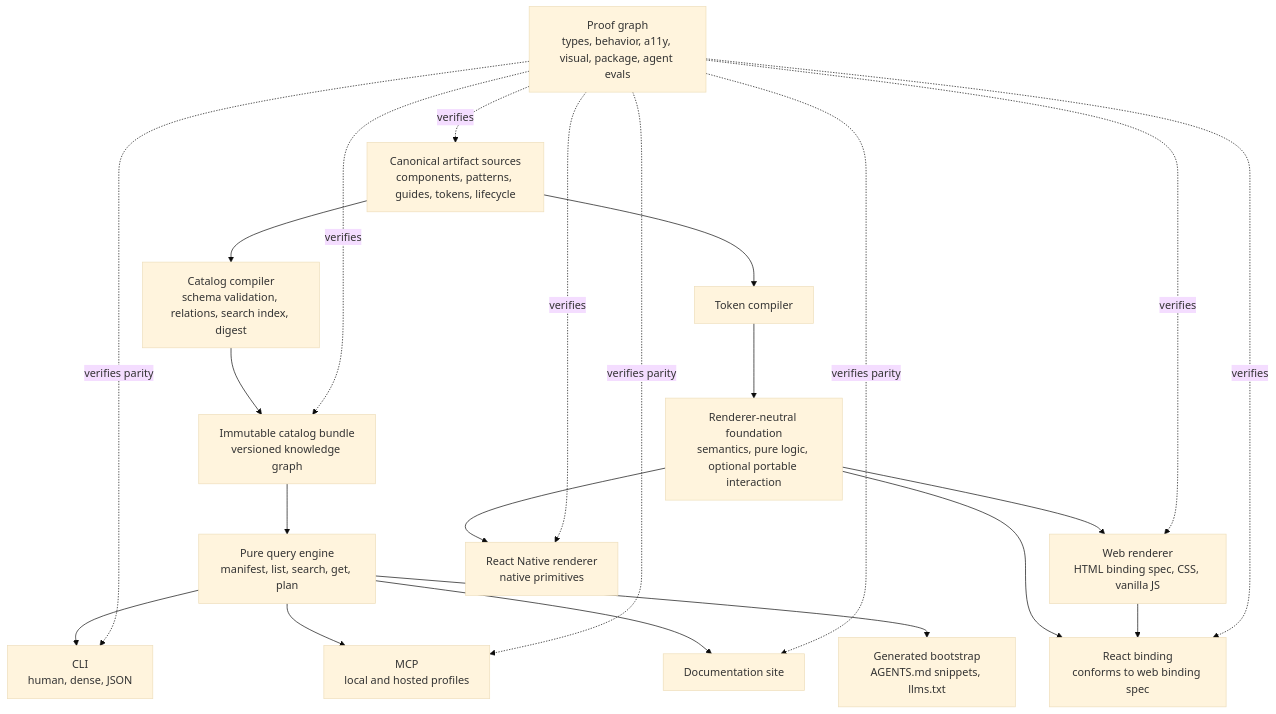
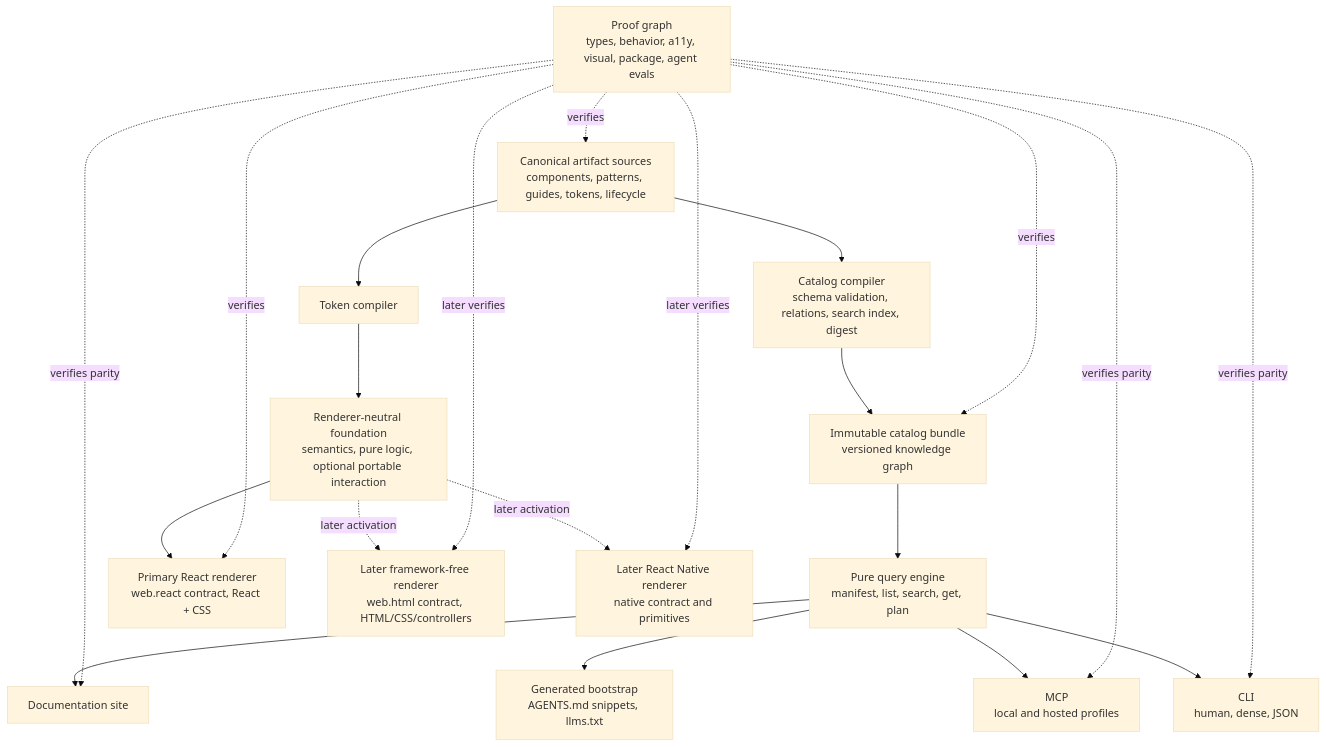
The first of 2 diagrams in strategy/monorepo-architecture.md (ndrewtran/core-ui), drawn with Mermaid (base theme) before and after one commit. The commit also changed other lines of this file and 10 other files, not shown here.

Commit message:
docs(strategy): adopt React-primary delivery

````diff
--- a/strategy/monorepo-architecture.md
+++ b/strategy/monorepo-architecture.md
@@ -146,40 +153,39 @@
 ```mermaid
 flowchart TD
   sources["Canonical artifact sources\ncomponents, patterns, guides, tokens, lifecycle"]
   compiler["Catalog compiler\nschema validation, relations, search index, digest"]
   catalog["Immutable catalog bundle\nversioned knowledge graph"]
   query["Pure query engine\nmanifest, list, search, get, plan"]
 
   tokens["Token compiler"]
   foundation["Renderer-neutral foundation\nsemantics, pure logic, optional portable interaction"]
-  web["Web renderer\nHTML binding spec, CSS, vanilla JS"]
-  react["React binding\nconforms to web binding spec"]
-  native["React Native renderer\nnative primitives"]
+  react["Primary React renderer\nweb.react contract, React + CSS"]
+  web["Later framework-free renderer\nweb.html contract, HTML/CSS/controllers"]
+  native["Later React Native renderer\nnative contract and primitives"]
 
   cli["CLI\nhuman, dense, JSON"]
   mcp["MCP\nlocal and hosted profiles"]
   site["Documentation site"]
   context["Generated bootstrap\nAGENTS.md snippets, llms.txt"]
   proof["Proof graph\ntypes, behavior, a11y, visual, package, agent evals"]
 
   sources --> compiler --> catalog --> query
   sources --> tokens --> foundation
-  foundation --> web
   foundation --> react
-  foundation --> native
-  web --> react
+  foundation -. later activation .-> web
+  foundation -. later activation .-> native
 
   query --> cli
   query --> mcp
   query --> site
   query --> context
 
   proof -. verifies .-> sources
   proof -. verifies .-> catalog
-  proof -. verifies .-> web
   proof -. verifies .-> react
-  proof -. verifies .-> native
+  proof -. later verifies .-> web
+  proof -. later verifies .-> native
   proof -. verifies parity .-> cli
   proof -. verifies parity .-> mcp
   proof -. verifies parity .-> site
 ```
````
